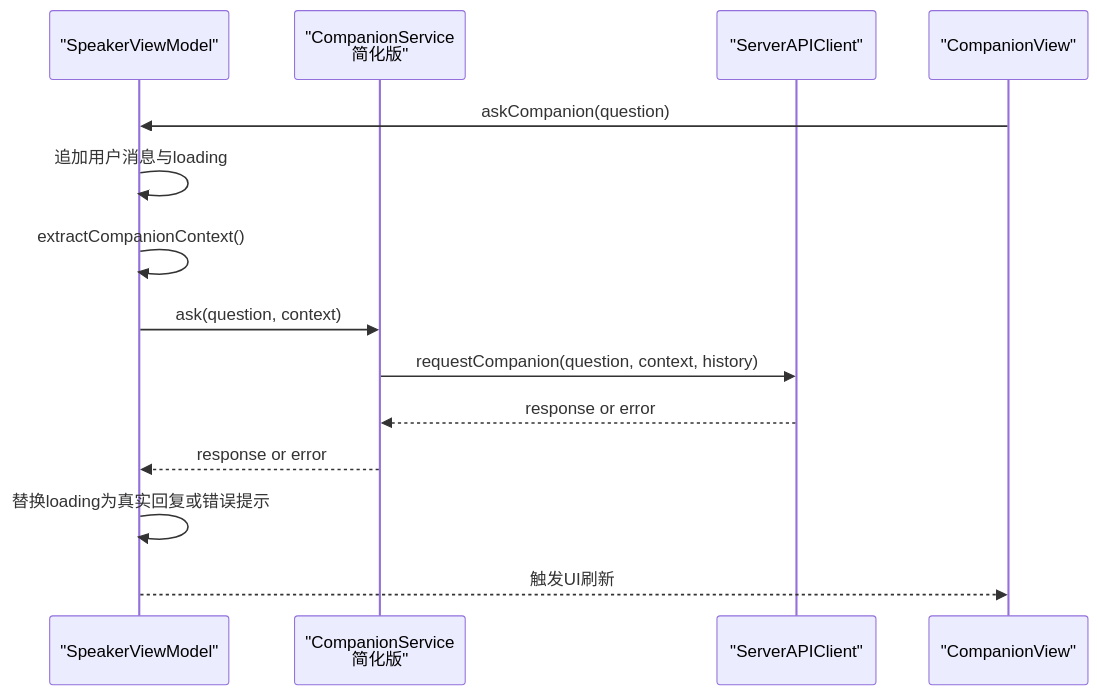
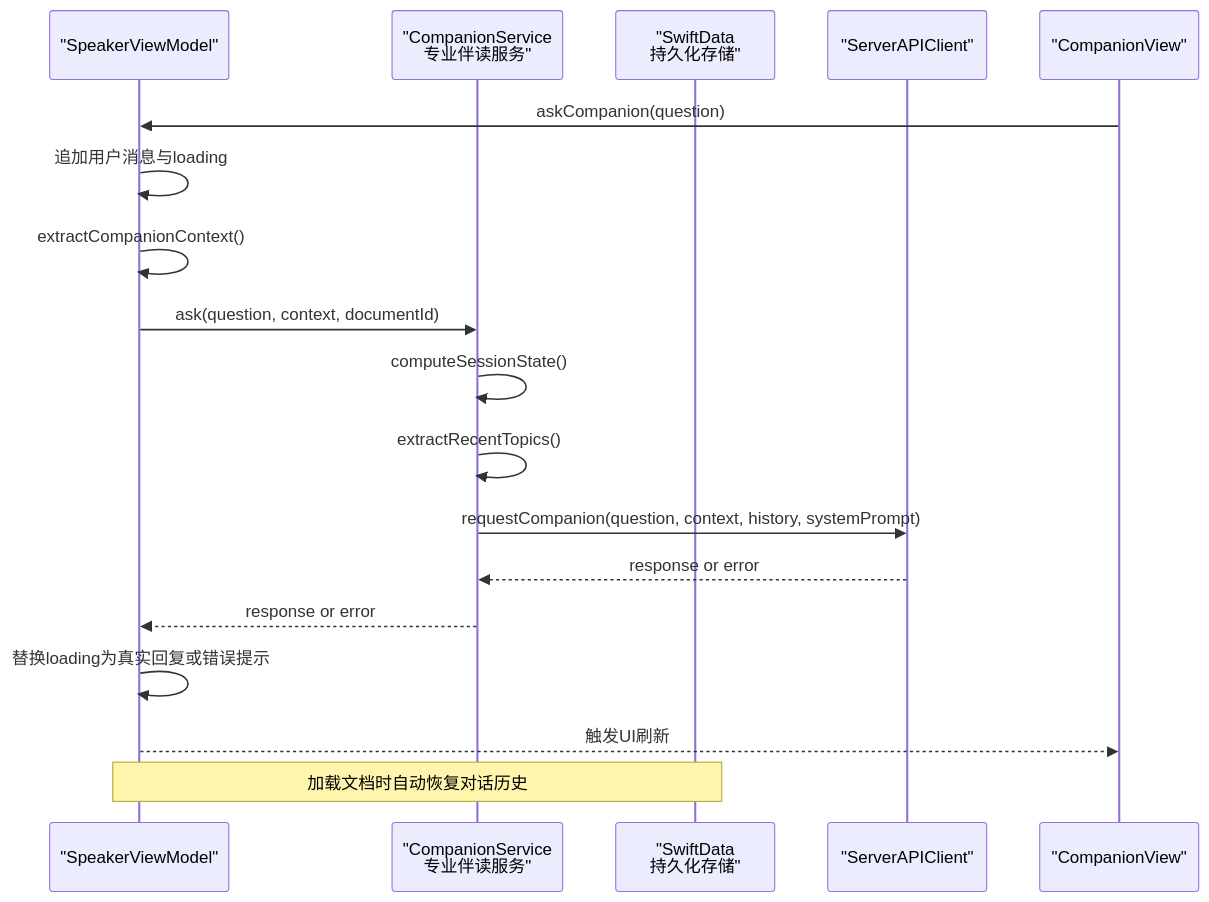
One commit to Primoguo/VoiceReader changed the seventh of 12 diagrams in .qoder/repowiki/zh/content/核心功能模块/AI 伴读对话功能.md. Above: the diagram before and after it, drawn with Mermaid. The commit also changed other lines of this file and 92 other files, not shown here.

````diff
--- a/.qoder/repowiki/zh/content/核心功能模块/AI 伴读对话功能.md
+++ b/.qoder/repowiki/zh/content/核心功能模块/AI 伴读对话功能.md
@@ -283,16 +371,20 @@
 ```mermaid
 sequenceDiagram
 participant VM as "SpeakerViewModel"
-participant CS as "CompanionService<br/>简化版"
+participant CS as "CompanionService<br/>专业伴读服务"
+participant SD as "SwiftData<br/>持久化存储"
 participant API as "ServerAPIClient"
 participant UI as "CompanionView"
 UI->>VM : askCompanion(question)
 VM->>VM : 追加用户消息与loading
 VM->>VM : extractCompanionContext()
-VM->>CS : ask(question, context)
-CS->>API : requestCompanion(question, context, history)
+VM->>CS : ask(question, context, documentId)
+CS->>CS : computeSessionState()
+CS->>CS : extractRecentTopics()
+CS->>API : requestCompanion(question, context, history, systemPrompt)
 API-->>CS : response or error
 CS-->>VM : response or error
 VM->>VM : 替换loading为真实回复或错误提示
 VM-->>UI : 触发UI刷新
+Note over VM,SD : 加载文档时自动恢复对话历史
 ```
````
